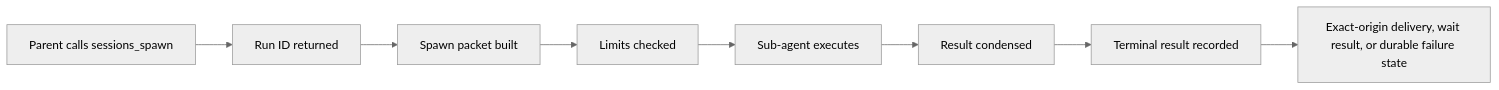
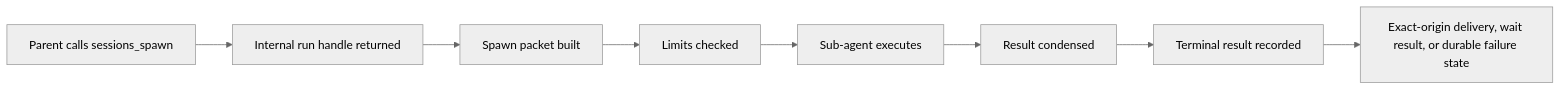
The diagram in docs/agents/subagent-lifecycle.mdx (comisai/comis), drawn with Mermaid (neutral theme) before and after one commit. The commit also changed other lines of this file and 5 other files, not shown here.

````diff
--- a/docs/agents/subagent-lifecycle.mdx
+++ b/docs/agents/subagent-lifecycle.mdx
@@ -22,10 +22,10 @@
 ```mermaid
 flowchart LR
-    A[Parent calls sessions_spawn] --> B[Run ID returned]
+    A[Parent calls sessions_spawn] --> B[Internal run handle returned]
     B --> C[Spawn packet built]
     C --> D[Limits checked]
     D --> E[Sub-agent executes]
     E --> F[Result condensed]
     F --> G[Terminal result recorded]
     G --> H[Exact-origin delivery, wait result, or durable failure state]
 ```
````
